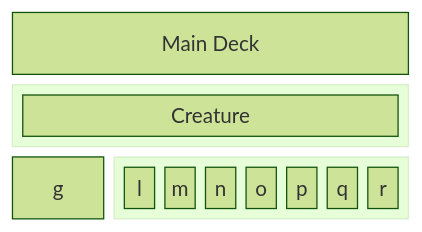
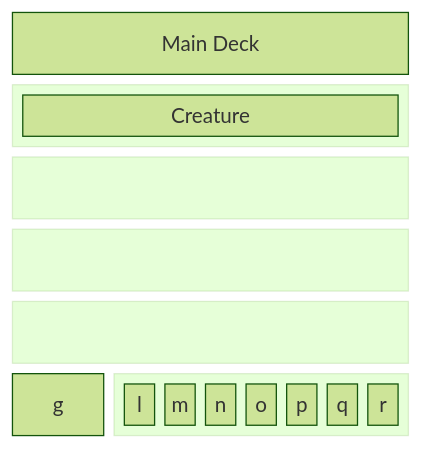
Before and after one commit to adahn6/coalition: the diagram in README.MD, drawn with Mermaid (forest theme).

````diff
--- a/README.MD
+++ b/README.MD
@@ -65,26 +65,26 @@
 ```mermaid
 block-beta
   columns 4
   A["Main Deck"]:4
   block:group1:4
     columns 1
     Creature 
   end
-  block:group1:4
+  block:group3:4
     columns 1
     Creature 
  end
- block:group1:4
+ block:group4:4
     columns 1
     Creature 
  end
- block:group1:4
+ block:group5:4
     columns 1
     Creature 
   end
   g
   block:group2:3
     %% columns auto (default)
     l m n o p q r
   end
 ```
````
